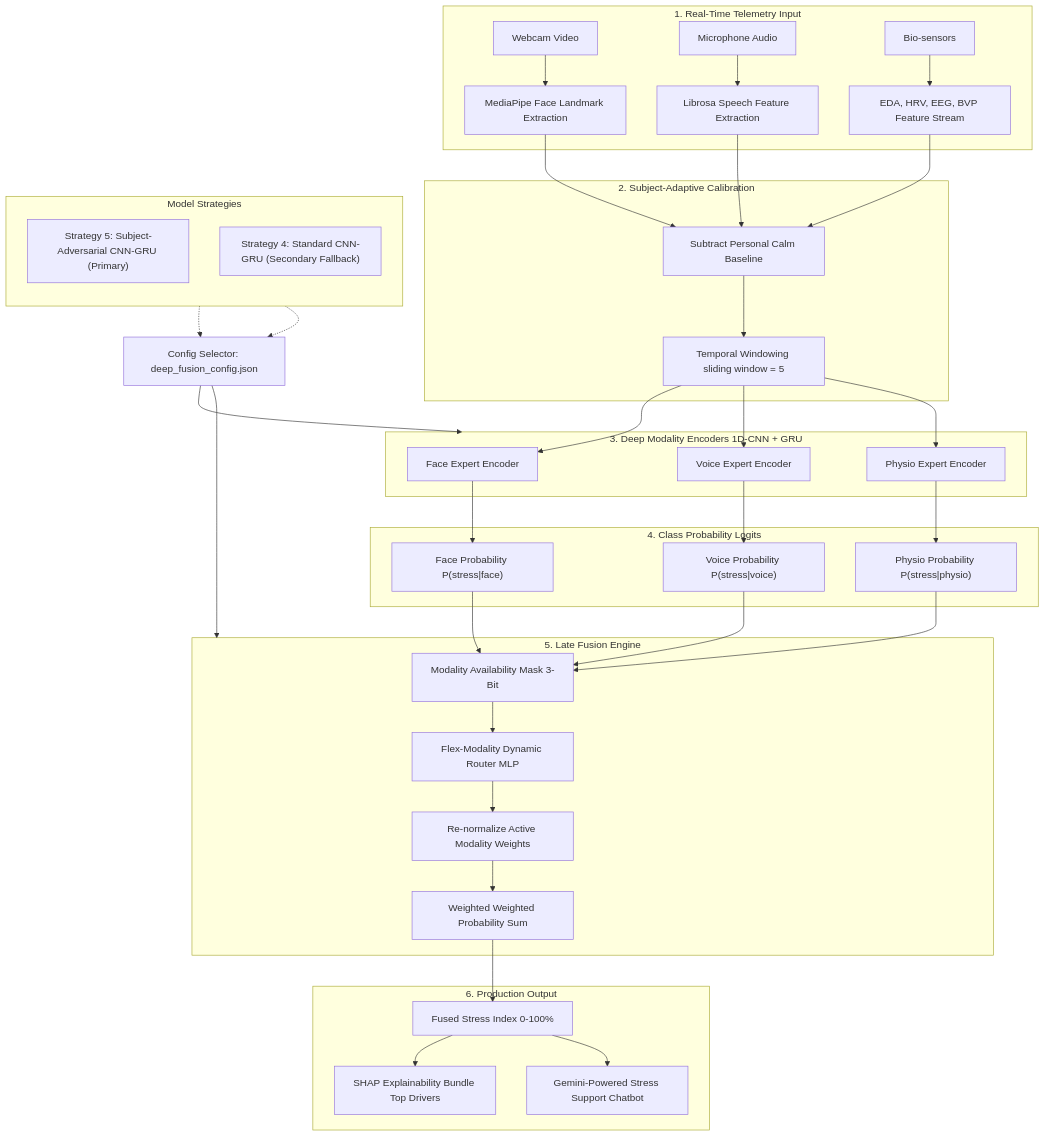
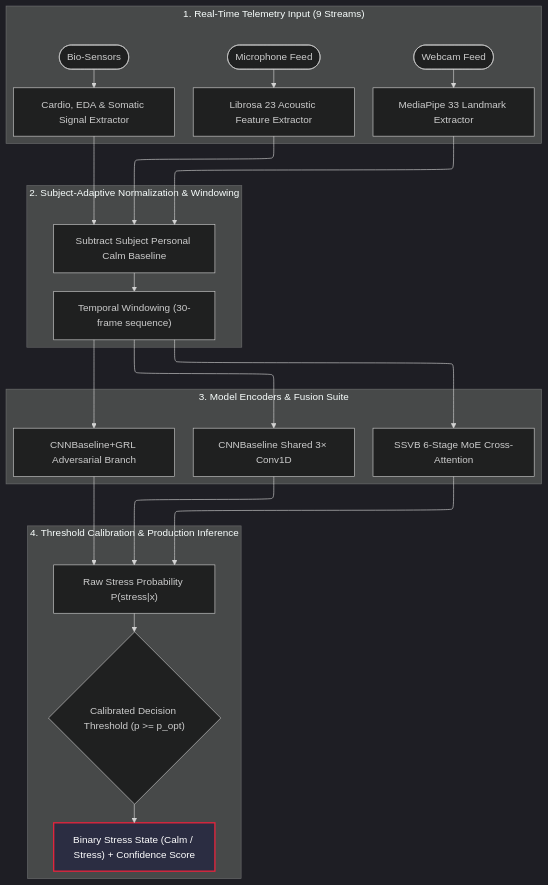
Before and after one commit to Dhinakaran-CP/StressDetection: the diagram in README.md, drawn with Mermaid. The commit also changed other lines of this file and 146 other files, not shown here.

Commit message:
production architecture

````diff
--- a/README.md
+++ b/README.md
@@ -9,54 +24,34 @@
 ```mermaid
-graph TD
-    %% Input Layer
-    subgraph Sensors [1. Real-Time Telemetry Input]
-        A1[Webcam Video] --> B1[MediaPipe Face Landmark Extraction]
-        A2[Microphone Audio] --> B2[Librosa Speech Feature Extraction]
-        A3[Bio-sensors] --> B3[EDA, HRV, EEG, BVP Feature Stream]
+%%{init: {"theme": "dark", "flowchart": {"defaultRenderer": "elk"}} }%%
+flowchart TD
+    %% Stage 1: Raw Inputs
+    subgraph Stage1 ["1. Real-Time Telemetry Input (9 Streams)"]
+        direction LR
+        Webcam(["Webcam Feed"]) --> FaceProc["MediaPipe 33 Landmark Extractor"]
+        Mic(["Microphone Feed"]) --> VoiceProc["Librosa 23 Acoustic Feature Extractor"]
+        Physio(["Bio-Sensors"]) --> PhysioProc["Cardio, EDA & Somatic Signal Extractor"]
     end
 
-    %% Preprocessing & Calibration
-    subgraph Pre [2. Subject-Adaptive Calibration]
-        B1 & B2 & B3 --> C1[Subtract Personal Calm Baseline]
-        C1 --> C2[Temporal Windowing sliding window = 5]
+    %% Stage 2: Normalization
+    subgraph Stage2 ["2. Subject-Adaptive Normalization & Windowing"]
+        FaceProc & VoiceProc & PhysioProc --> Baseline["Subtract Subject Personal Calm Baseline"]
+        Baseline --> Window["Temporal Windowing (30-frame sequence)"]
     end
 
-    %% Deep Sequence Encoders
-    subgraph Encoders [3. Deep Modality Encoders 1D-CNN + GRU]
-        C2 --> D1[Face Expert Encoder]
-        C2 --> D2[Voice Expert Encoder]
-        C2 --> D3[Physio Expert Encoder]
+    %% Stage 3: Feature Encoders & Fusion
+    subgraph Stage3 ["3. Model Encoders & Fusion Suite"]
+        Window --> MoE["SSVB 6-Stage MoE Cross-Attention"]
+        Window --> CNN["CNNBaseline Shared 3× Conv1D"]
+        Window --> GRL["CNNBaseline+GRL Adversarial Branch"]
     end
 
-    %% Expert Outputs
-    subgraph Latent [4. Class Probability Logits]
-        D1 --> E1["Face Probability P(stress|face)"]
-        D2 --> E2["Voice Probability P(stress|voice)"]
-        D3 --> E3["Physio Probability P(stress|physio)"]
+    %% Stage 4: Decision & Threshold Calibration
+    subgraph Stage4 ["4. Threshold Calibration & Production Inference"]
+        MoE & CNN & GRL --> Prob["Raw Stress Probability P(stress|x)"]
+        Prob --> Calib{"Calibrated Decision Threshold (p >= p_opt)"}
+        Calib --> Out["Binary Stress State (Calm / Stress) + Confidence Score"]
     end
 
-    %% Routing & Fusion
-    subgraph Fusion [5. Late Fusion Engine]
-        E1 & E2 & E3 --> F1[Modality Availability Mask 3-Bit]
-        F1 --> F2[Flex-Modality Dynamic Router MLP]
-        F2 --> F3[Re-normalize Active Modality Weights]
-        F3 --> F4[Weighted Weighted Probability Sum]
-    end
-
-    %% Outputs & Explainability
-    subgraph Interface [6. Production Output]
-        F4 --> G1[Fused Stress Index 0-100%]
-        G1 --> G2[SHAP Explainability Bundle Top Drivers]
-        G1 --> G3[Gemini-Powered Stress Support Chatbot]
-    end
-
-    %% Dual-Strategy Selection
-    subgraph Strategies [Model Strategies]
-        direction TB
-        S1["Strategy 5: Subject-Adversarial CNN-GRU (Primary)"]
-        S2["Strategy 4: Standard CNN-GRU (Secondary Fallback)"]
-    end
-    Decide[Config Selector: deep_fusion_config.json] --> Encoders
-    Decide --> Fusion
-    S1 & S2 -.-> Decide
+    classDef outputHead fill:#2b2d42,stroke:#ef233c,stroke-width:2px,color:#fff;
+    class Out outputHead;
 ```
````
